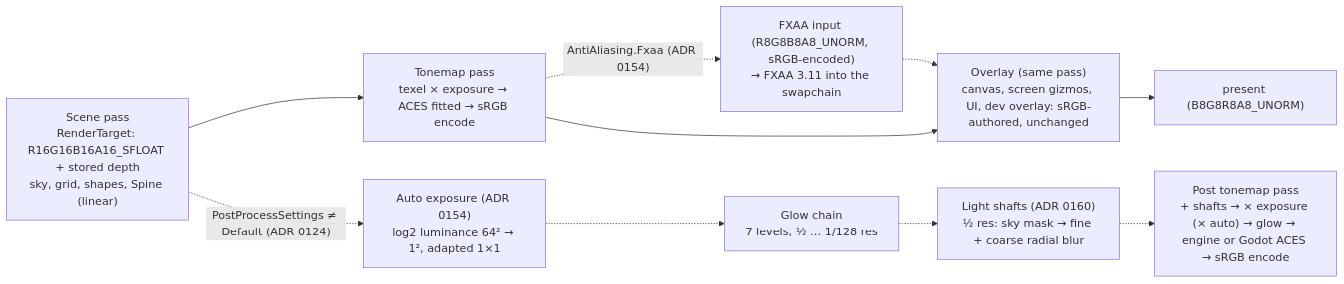
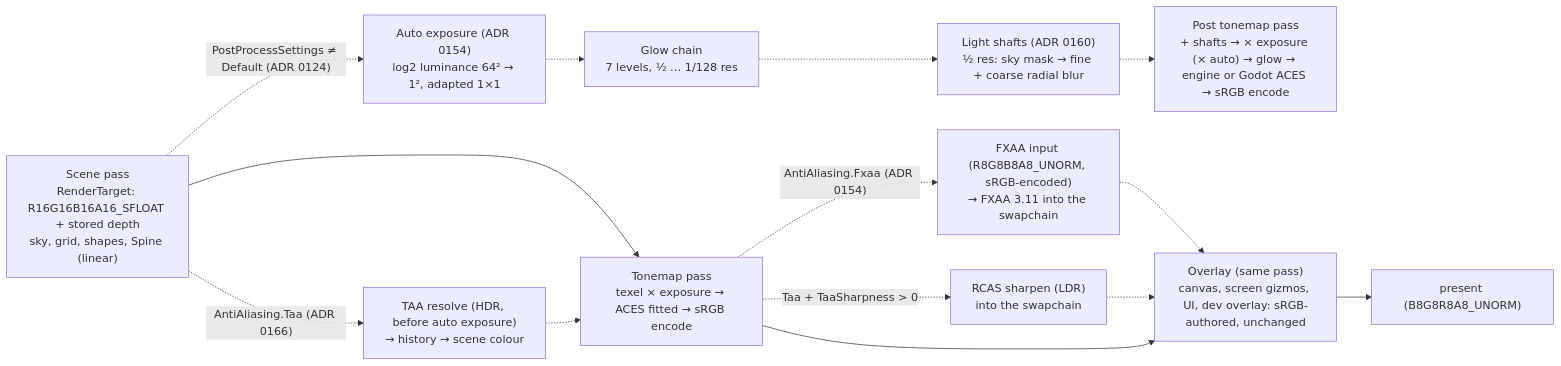
The diagram in docs/design/color-pipeline.md (Mainframe-Games/mainframe-engine), drawn with Mermaid before and after one commit. The commit also changed other lines of this file and 63 other files, not shown here.

First line of the commit message:
Rendering: TAA with RCAS sharpening (ADR 0166)

````diff
--- a/docs/design/color-pipeline.md
+++ b/docs/design/color-pipeline.md
@@ -24,8 +24,10 @@
 ```mermaid
 flowchart LR
     S["Scene pass<br/>RenderTarget: R16G16B16A16_SFLOAT + stored depth<br/>sky, grid, shapes, Spine (linear)"] --> T["Tonemap pass<br/>texel × exposure → ACES fitted → sRGB encode"]
     S -. "PostProcessSettings ≠ Default (ADR 0124)" .-> AE["Auto exposure (ADR 0154)<br/>log2 luminance 64² → 1², adapted 1×1"] -.-> G["Glow chain<br/>7 levels, ½ … 1/128 res"] -.-> LS["Light shafts (ADR 0160)<br/>½ res: sky mask → fine + coarse radial blur"] -.-> T2["Post tonemap pass<br/>+ shafts → × exposure (× auto) → glow → engine or Godot ACES → sRGB encode"]
+    S -. "AntiAliasing.Taa (ADR 0166)" .-> TA["TAA resolve (HDR, before auto exposure)<br/>→ history → scene colour"] -.-> T
     T -. "AntiAliasing.Fxaa (ADR 0154)" .-> F["FXAA input (R8G8B8A8_UNORM, sRGB-encoded)<br/>→ FXAA 3.11 into the swapchain"] -.-> O
+    T -. "Taa + TaaSharpness > 0" .-> SH["RCAS sharpen (LDR)<br/>into the swapchain"] -.-> O
     T --> O["Overlay (same pass)<br/>canvas, screen gizmos, UI, dev overlay: sRGB-authored, unchanged"]
     O --> P["present (B8G8R8A8_UNORM)"]
 ```
````
